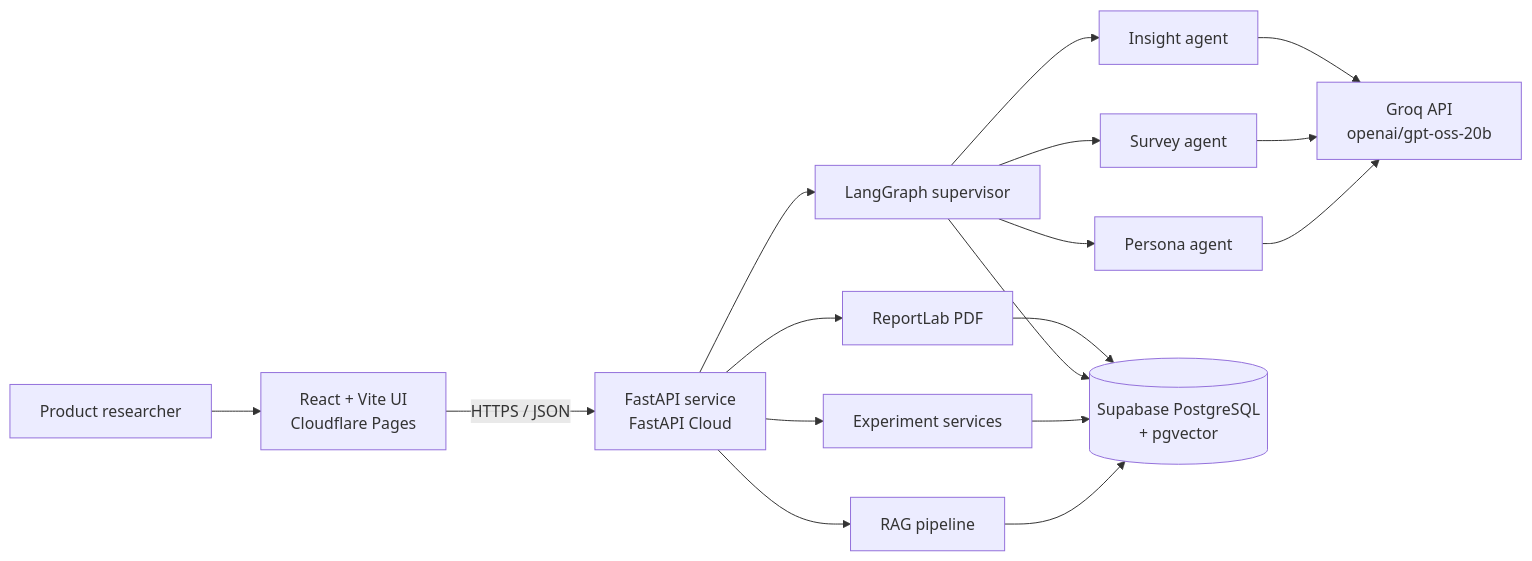
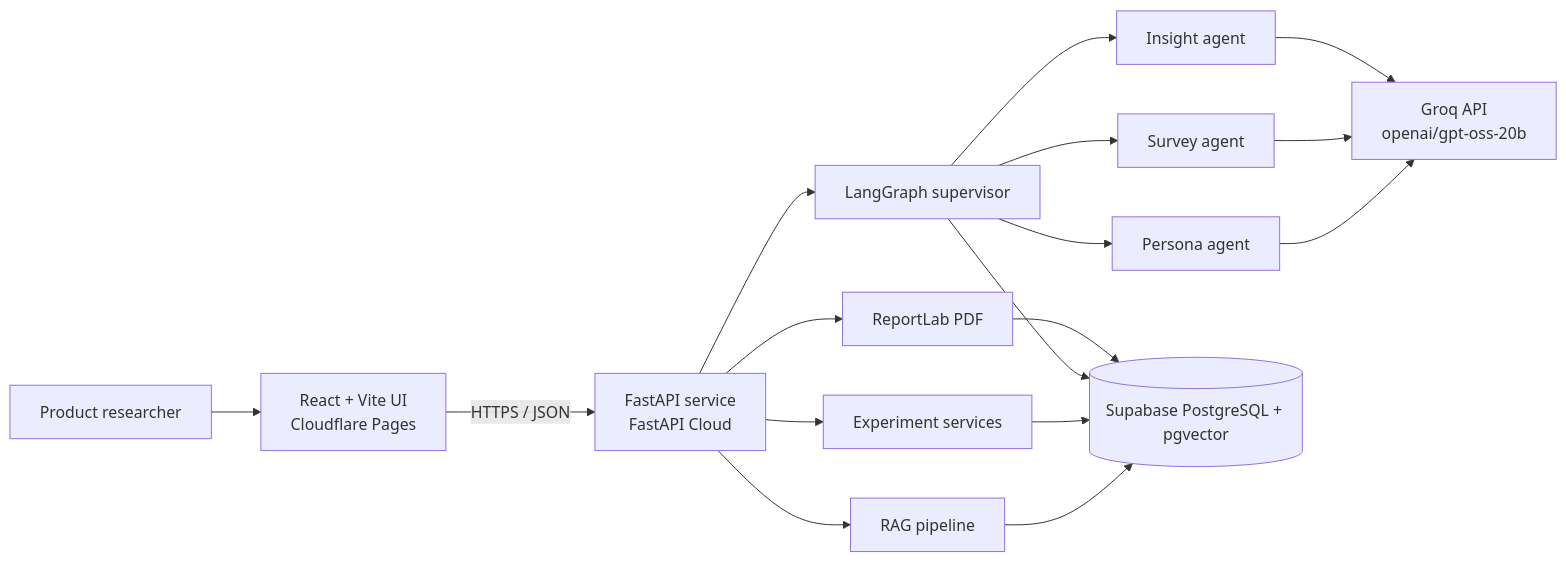
One commit to sai1110v/Generation-of-AI-Powered-Synthetic-Users-for-Product-Research changed the first of 2 diagrams in README.md. Above: the diagram before and after it, drawn with Mermaid.

````diff
--- a/README.md
+++ b/README.md
@@ -70,23 +70,23 @@
 ```mermaid
 flowchart LR
     U["Product researcher"] --> UI["React + Vite UI<br/>Cloudflare Pages"]
     UI -->|"HTTPS / JSON"| API["FastAPI service<br/>FastAPI Cloud"]
 
     API --> EXP["Experiment services"]
     API --> GRAPH["LangGraph supervisor"]
     API --> RAG["RAG pipeline"]
     API --> REPORT["ReportLab PDF"]
 
     GRAPH --> PA["Persona agent"]
     GRAPH --> SA["Survey agent"]
     GRAPH --> IA["Insight agent"]
 
     PA --> LLM["Groq API<br/>openai/gpt-oss-20b"]
     SA --> LLM
     IA --> LLM
 
-    RAG --> DB[("Supabase PostgreSQL<br/>+ pgvector")]
+    RAG --> DB[(Supabase PostgreSQL + pgvector)]
     EXP --> DB
     GRAPH --> DB
     REPORT --> DB
 ```
````
